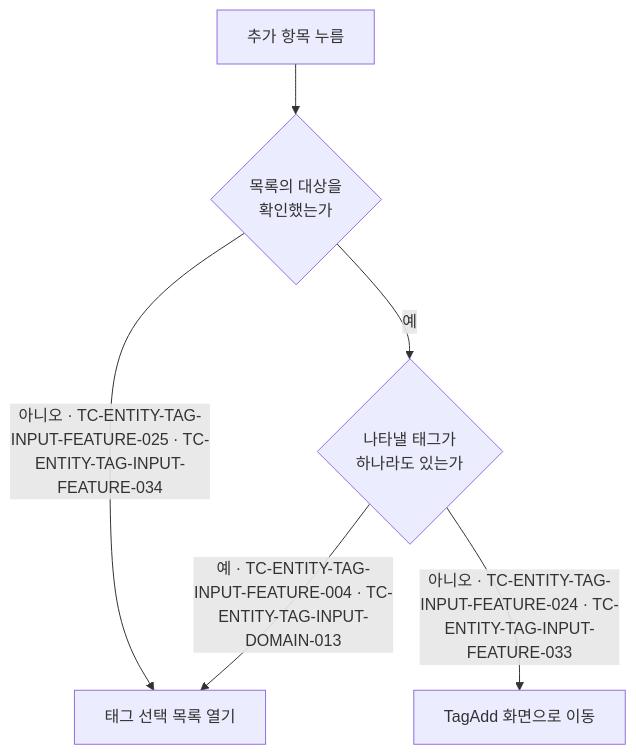
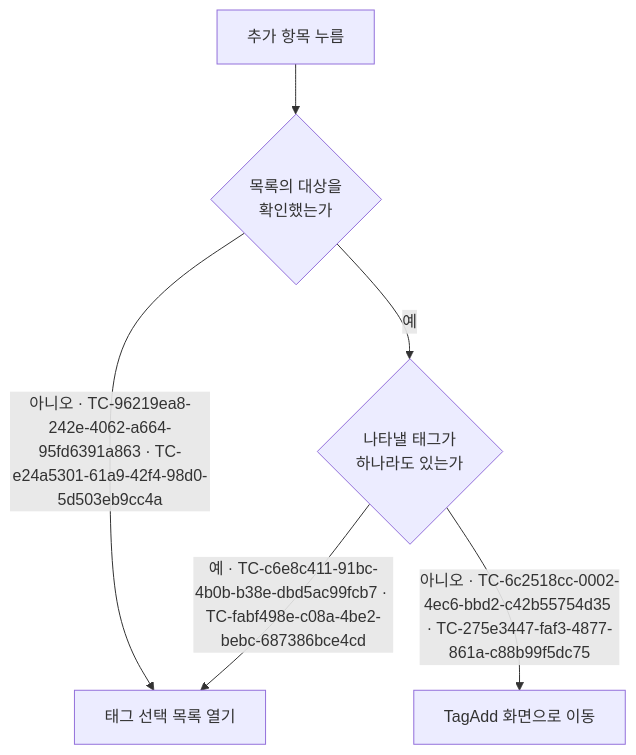
One commit to taetae98coding/DiaryKMP changed the diagram in docs/testcase/entity-tag-input.md. Above: the diagram before and after it, drawn with Mermaid. The commit also changed other lines of this file and 1177 other files, not shown here.

````diff
--- a/docs/testcase/entity-tag-input.md
+++ b/docs/testcase/entity-tag-input.md
@@ -44,8 +44,8 @@
 ```mermaid
 flowchart TD
     Click["추가 항목 누름"] --> Ready{"목록의 대상을<br/>확인했는가"}
-    Ready -- "아니오 · TC-ENTITY-TAG-INPUT-FEATURE-025 · TC-ENTITY-TAG-INPUT-FEATURE-034" --> Open["태그 선택 목록 열기"]
+    Ready -- "아니오 · TC-96219ea8-242e-4062-a664-95fd6391a863 · TC-e24a5301-61a9-42f4-98d0-5d503eb9cc4a" --> Open["태그 선택 목록 열기"]
     Ready -- 예 --> Any{"나타낼 태그가<br/>하나라도 있는가"}
-    Any -- "예 · TC-ENTITY-TAG-INPUT-FEATURE-004 · TC-ENTITY-TAG-INPUT-DOMAIN-013" --> Open
-    Any -- "아니오 · TC-ENTITY-TAG-INPUT-FEATURE-024 · TC-ENTITY-TAG-INPUT-FEATURE-033" --> Move["TagAdd 화면으로 이동"]
+    Any -- "예 · TC-c6e8c411-91bc-4b0b-b38e-dbd5ac99fcb7 · TC-fabf498e-c08a-4be2-bebc-687386bce4cd" --> Open
+    Any -- "아니오 · TC-6c2518cc-0002-4ec6-bbd2-c42b55754d35 · TC-275e3447-faf3-4877-861a-c88b99f5dc75" --> Move["TagAdd 화면으로 이동"]
 ```
````
